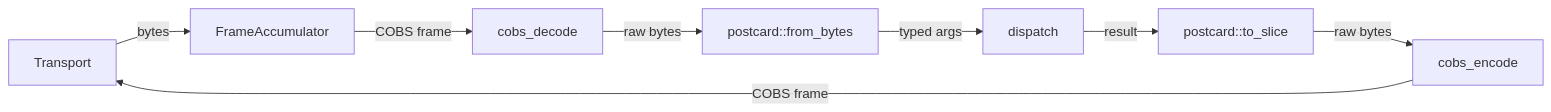
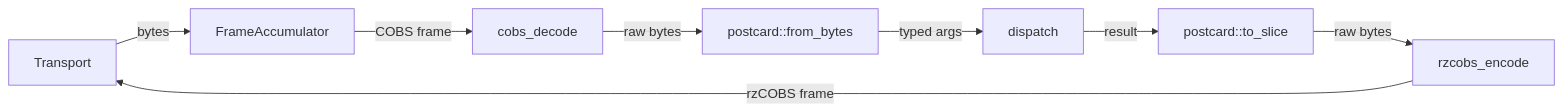
Before and after one commit to tarotene/telepath: the diagram in telepath-server/README.md, drawn with Mermaid. The commit also changed other lines of this file and 1 other file, not shown here.

Commit message:
docs(server,example): fix rzCOBS upstream framing drift in READMEs (#213)

````diff
--- a/telepath-server/README.md
+++ b/telepath-server/README.md
@@ -12,10 +12,10 @@
 ```mermaid
 flowchart LR
     T[Transport] -->|bytes| FA[FrameAccumulator]
     FA -->|COBS frame| CD[cobs_decode]
     CD -->|raw bytes| PD["postcard::from_bytes"]
     PD -->|typed args| D[dispatch]
     D -->|result| PS["postcard::to_slice"]
-    PS -->|raw bytes| CE[cobs_encode]
-    CE -->|COBS frame| T
+    PS -->|raw bytes| CE[rzcobs_encode]
+    CE -->|rzCOBS frame| T
 ```
````
